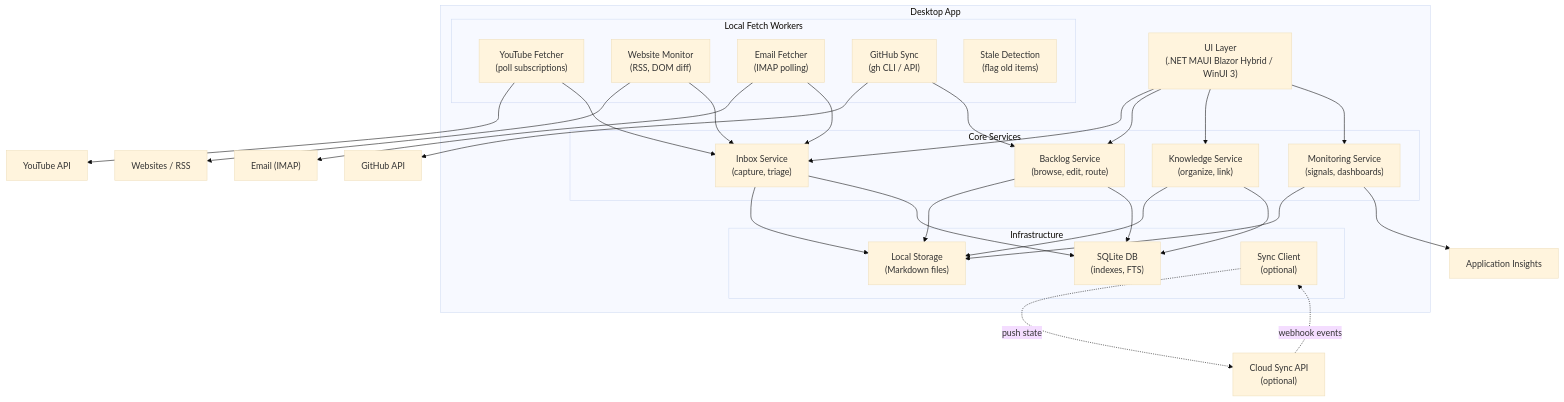
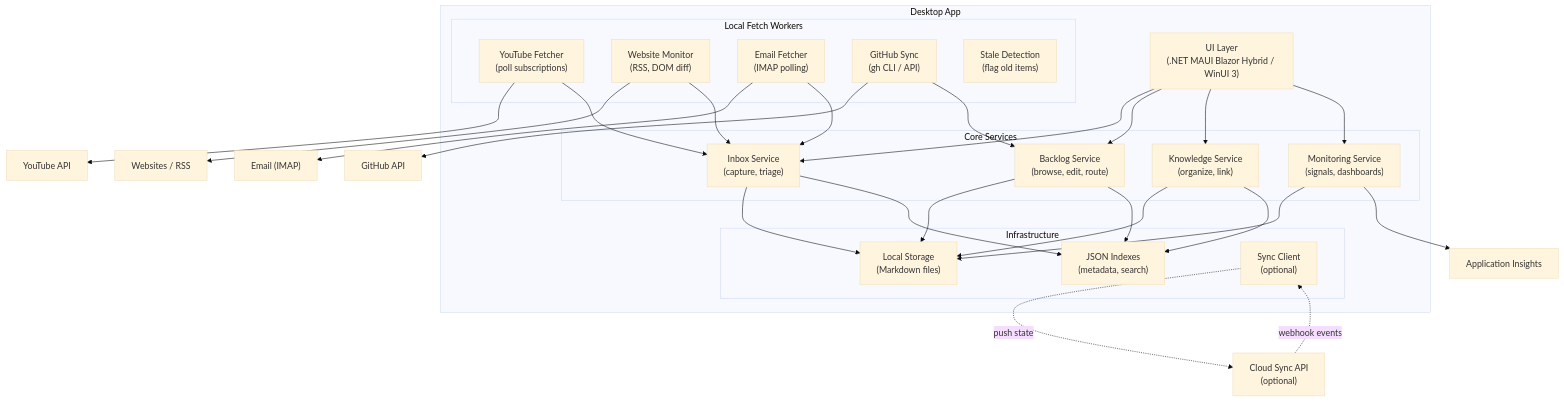
Before and after one commit to JSdotNet/Backlog: the third of 6 diagrams in .arc42/05-building-block-view.md, drawn with Mermaid (base theme). The commit also changed other lines of this file and 8 other files, not shown here.

````diff
--- a/.arc42/05-building-block-view.md
+++ b/.arc42/05-building-block-view.md
@@ -161,62 +161,62 @@
 ```mermaid
 graph TB
   subgraph "Desktop App"
     UI["UI Layer\n(.NET MAUI Blazor Hybrid / WinUI 3)"]
 
     subgraph "Core Services"
       Inbox["Inbox Service\n(capture, triage)"]
       Backlog["Backlog Service\n(browse, edit, route)"]
       Knowledge["Knowledge Service\n(organize, link)"]
       Monitoring["Monitoring Service\n(signals, dashboards)"]
     end
 
     subgraph "Local Fetch Workers"
       YTWorker["YouTube Fetcher\n(poll subscriptions)"]
       WebWorker["Website Monitor\n(RSS, DOM diff)"]
       EmailWorker["Email Fetcher\n(IMAP polling)"]
       GitHubWorker["GitHub Sync\n(gh CLI / API)"]
       StaleWorker["Stale Detection\n(flag old items)"]
     end
 
     subgraph "Infrastructure"
       LocalStore["Local Storage\n(Markdown files)"]
-      SQLite["SQLite DB\n(indexes, FTS)"]
+      JsonIndex["JSON Indexes\n(metadata, search)"]
       SyncClient["Sync Client\n(optional)"]
     end
   end
 
   SyncAPI["Cloud Sync API\n(optional)"]
   GitHub["GitHub API"]
   YouTube["YouTube API"]
   Websites["Websites / RSS"]
   Email["Email (IMAP)"]
   AppInsights["Application Insights"]
 
   UI --> Inbox
   UI --> Backlog
   UI --> Knowledge
   UI --> Monitoring
 
   Inbox --> LocalStore
   Backlog --> LocalStore
   Knowledge --> LocalStore
   Monitoring --> LocalStore
 
-  Inbox --> SQLite
-  Backlog --> SQLite
-  Knowledge --> SQLite
+  Inbox --> JsonIndex
+  Backlog --> JsonIndex
+  Knowledge --> JsonIndex
 
   YTWorker --> YouTube
   WebWorker --> Websites
   EmailWorker --> Email
   GitHubWorker --> GitHub
 
   YTWorker --> Inbox
   WebWorker --> Inbox
   EmailWorker --> Inbox
   GitHubWorker --> Backlog
 
   SyncClient -.->|push state| SyncAPI
   SyncAPI -.->|webhook events| SyncClient
   Monitoring --> AppInsights
 ```
````
